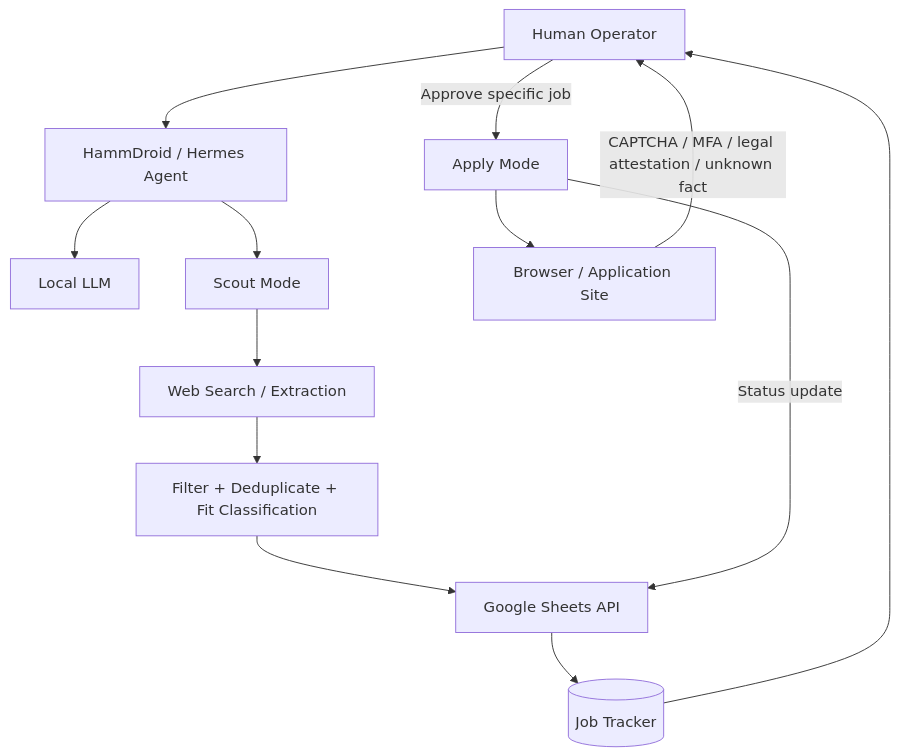
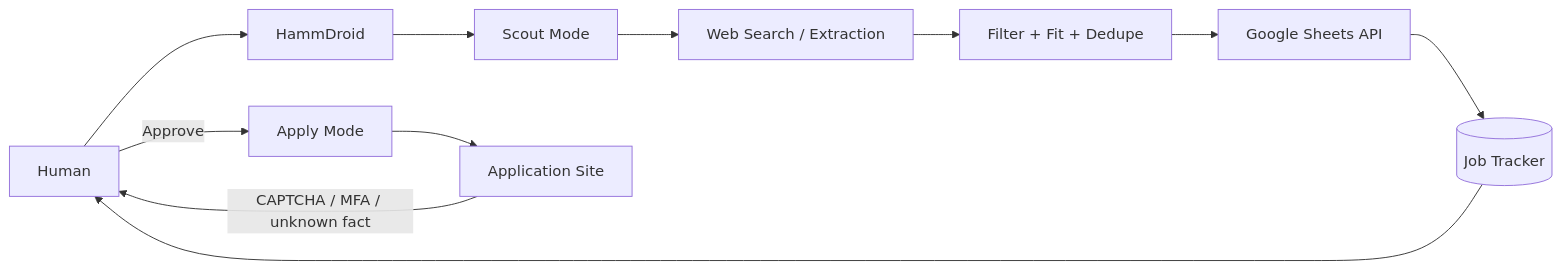
One commit to mcoza/hammdroid-job-agent changed the diagram in README.md. Above: the diagram before and after it, drawn with Mermaid. The commit also changed other lines of this file, not shown here.

````diff
--- a/README.md
+++ b/README.md
@@ -24,18 +21,13 @@
 ```mermaid
-flowchart TD
-    U[Human Operator] --> H[HammDroid / Hermes Agent]
-    H --> L[Local LLM]
-
+flowchart LR
+    U[Human] --> H[HammDroid]
     H --> S[Scout Mode]
     S --> W[Web Search / Extraction]
-    W --> F[Filter + Deduplicate + Fit Classification]
+    W --> F[Filter + Fit + Dedupe]
     F --> G[Google Sheets API]
     G --> J[(Job Tracker)]
-
     J --> U
-    U -->|Approve specific job| A[Apply Mode]
-    A --> B[Browser / Application Site]
-
-    B -->|CAPTCHA / MFA / legal attestation / unknown fact| U
-    A -->|Status update| G
+    U -->|Approve| A[Apply Mode]
+    A --> B[Application Site]
+    B -->|CAPTCHA / MFA / unknown fact| U
 ```
````
